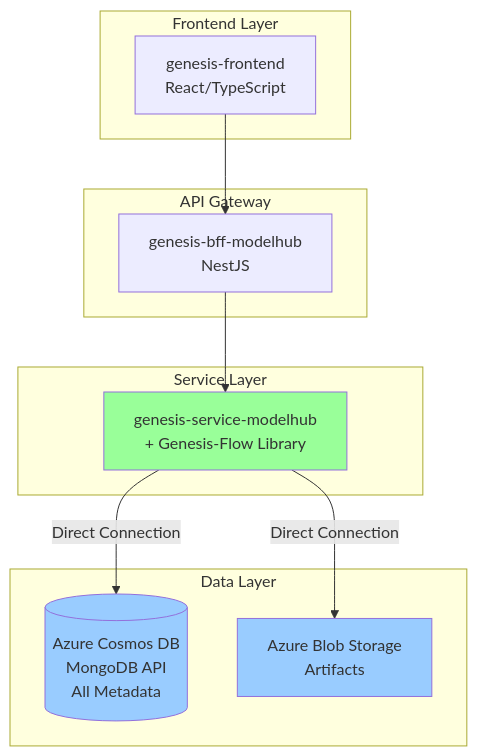
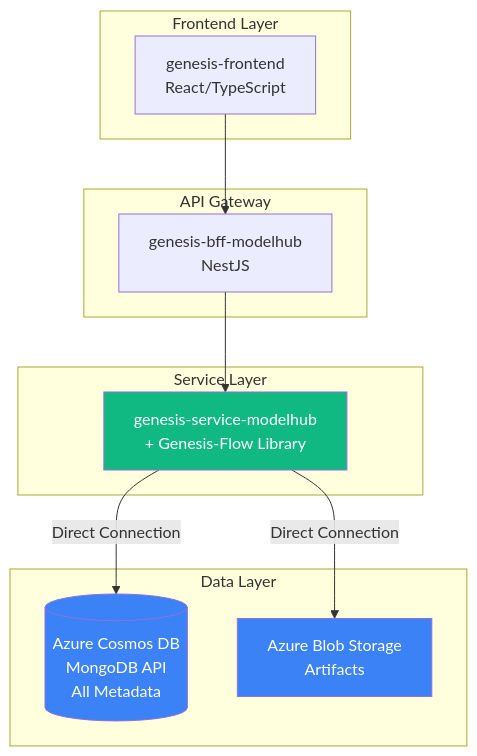
The second of 15 diagrams in GENESIS_FLOW_ARCHITECTURE.md (mlflow/mlflow), drawn with Mermaid before and after one commit. The commit also changed other lines of this file and 1 other file, not shown here.

First line of the commit message:
Simplify microservices architecture and improve diagram visibility

````diff
--- a/GENESIS_FLOW_ARCHITECTURE.md
+++ b/GENESIS_FLOW_ARCHITECTURE.md
@@ -46,28 +46,28 @@
 ```mermaid
 graph TB
     subgraph "Frontend Layer"
         F[genesis-frontend<br/>React/TypeScript]
     end
     
     subgraph "API Gateway"
         BFF[genesis-bff-modelhub<br/>NestJS]
     end
     
     subgraph "Service Layer"
         MS[genesis-service-modelhub<br/>+ Genesis-Flow Library]
     end
     
     subgraph "Data Layer"
         COSMOS[(Azure Cosmos DB<br/>MongoDB API<br/>All Metadata)]
         BLOB[Azure Blob Storage<br/>Artifacts]
     end
     
     F --> BFF
     BFF --> MS
     MS -->|Direct Connection| COSMOS
     MS -->|Direct Connection| BLOB
     
-    style MS fill:#99ff99
-    style COSMOS fill:#99ccff
-    style BLOB fill:#99ccff
+    style MS fill:#10b981,color:#fff
+    style COSMOS fill:#3b82f6,color:#fff
+    style BLOB fill:#3b82f6,color:#fff
 ```
````
